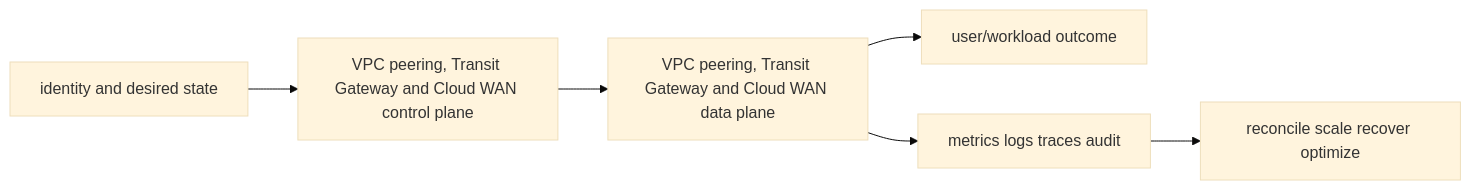
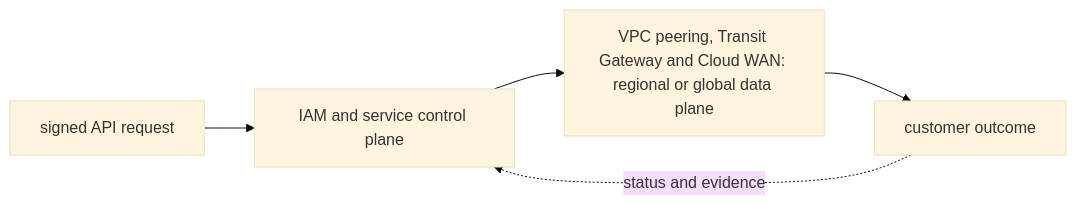
Before and after one commit to tomkidumbuyo/DevOps-interview-preparation: the diagram in 07-aws/02-networking/05-peering-tgw-cloudwan/README.md, drawn with Mermaid (base theme). The commit also changed other lines of this file and 753 other files, not shown here.

````diff
--- a/07-aws/02-networking/05-peering-tgw-cloudwan/README.md
+++ b/07-aws/02-networking/05-peering-tgw-cloudwan/README.md
@@ -19,8 +31,7 @@
 ```mermaid
 flowchart LR
-  I[identity and desired state] --> C[VPC peering, Transit Gateway and Cloud WAN control plane]
-  C --> D[VPC peering, Transit Gateway and Cloud WAN data plane]
-  D --> U[user/workload outcome]
-  D --> O[metrics logs traces audit]
-  O --> R[reconcile scale recover optimize]
+  A["signed API request"] --> B["IAM and service control plane"]
+  B --> C["VPC peering, Transit Gateway and Cloud WAN: regional or global data plane"]
+  C --> D["customer outcome"]
+  D -. "status and evidence" .-> B
 ```
````
